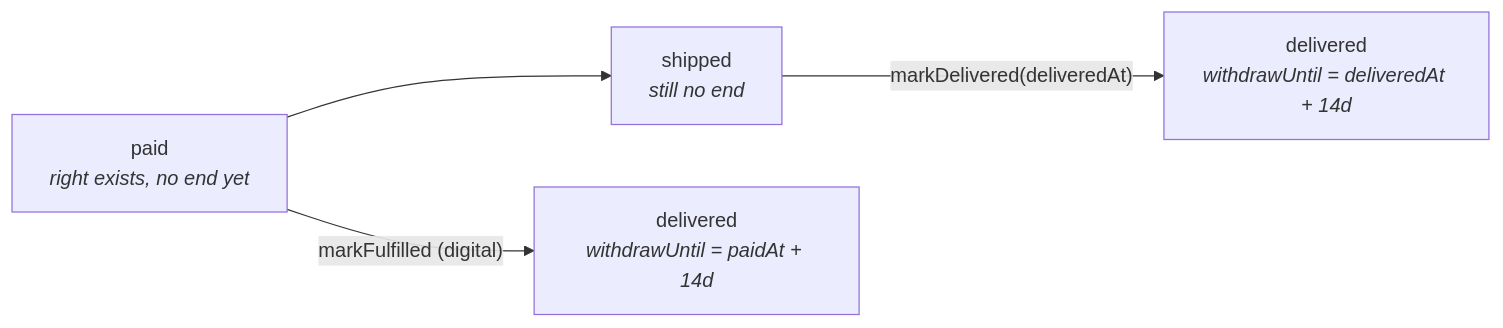
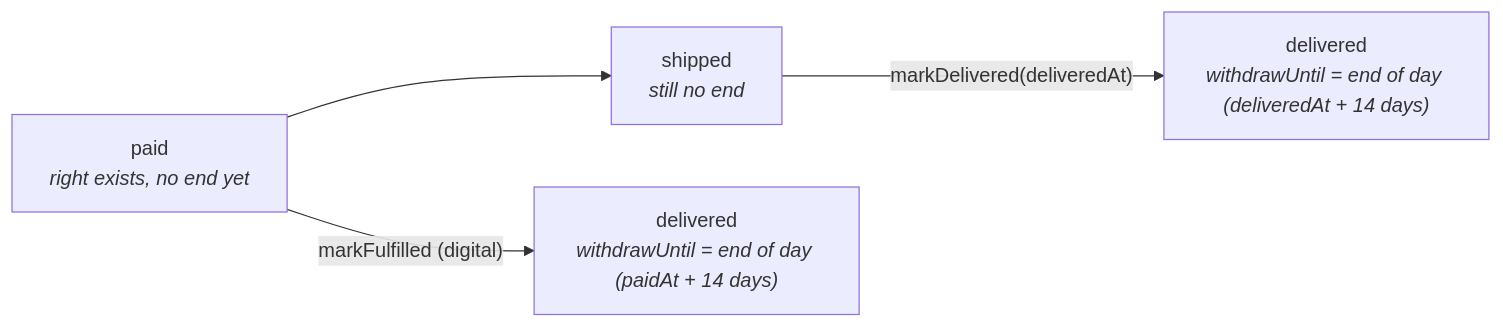
The third of 3 diagrams in docs/modules/orders.md (Guebbit/boilerplate-node-backend), drawn with Mermaid before and after one commit. The commit also changed other lines of this file and 4 other files, not shown here.

````diff
--- a/docs/modules/orders.md
+++ b/docs/modules/orders.md
@@ -225,6 +225,6 @@
 ```mermaid
 flowchart LR
     paid["paid<br/><i>right exists, no end yet</i>"] --> shipped["shipped<br/><i>still no end</i>"]
-    shipped -- "markDelivered(deliveredAt)" --> goods["delivered<br/><i>withdrawUntil = deliveredAt + 14d</i>"]
-    paid -- "markFulfilled (digital)" --> digital["delivered<br/><i>withdrawUntil = paidAt + 14d</i>"]
+    shipped -- "markDelivered(deliveredAt)" --> goods["delivered<br/><i>withdrawUntil = end of day (deliveredAt + 14 days)</i>"]
+    paid -- "markFulfilled (digital)" --> digital["delivered<br/><i>withdrawUntil = end of day (paidAt + 14 days)</i>"]
 ```
````
